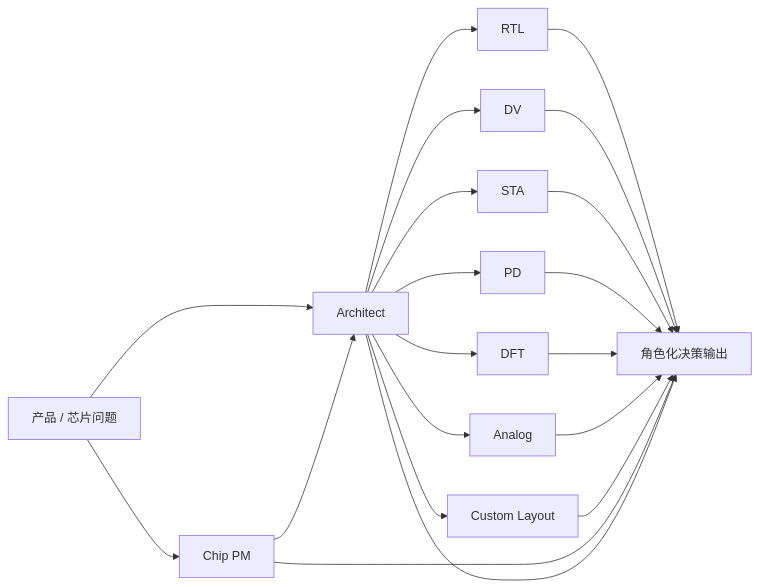
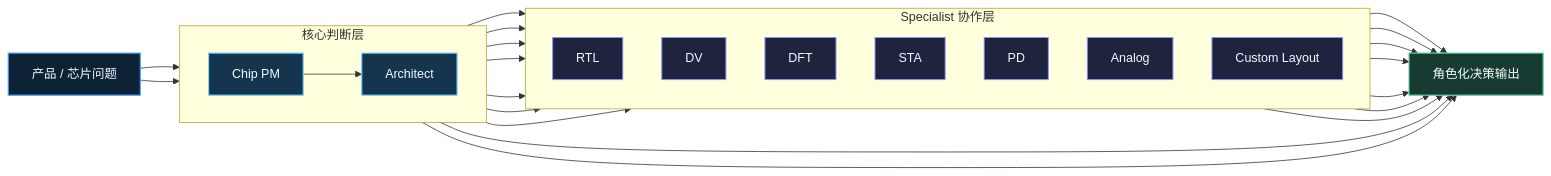
Before and after one commit to kichy-ge/openclaw-chip-agent-team: the diagram in README.zh-CN.md, drawn with Mermaid. The commit also changed 1 other file, not shown here.

Commit message:
docs: improve team overview diagram

````diff
--- a/README.zh-CN.md
+++ b/README.zh-CN.md
@@ -57,22 +57,54 @@
 ```mermaid
 flowchart LR
-    U["产品 / 芯片问题"] --> PM["Chip PM"]
-    U --> ARC["Architect"]
+    classDef input fill:#0e2236,stroke:#4aa3ff,color:#eef7ff,stroke-width:1.5px;
+    classDef core fill:#15354f,stroke:#79d2ff,color:#f5fbff,stroke-width:1.5px;
+    classDef specialist fill:#1e243d,stroke:#8c93ff,color:#f7f7ff,stroke-width:1.2px;
+    classDef output fill:#173b32,stroke:#63d2a1,color:#f3fff8,stroke-width:1.5px;
+
+    U["产品 / 芯片问题"]
+    SUM["角色化决策输出"]
+
+    subgraph CORE["核心判断层"]
+        direction LR
+        PM["Chip PM"]
+        ARC["Architect"]
+    end
+
+    subgraph SPEC["Specialist 协作层"]
+        direction TB
+        RTL["RTL"]
+        DV["DV"]
+        DFT["DFT"]
+        STA["STA"]
+        PD["PD"]
+        ANA["Analog"]
+        CL["Custom Layout"]
+    end
+
+    U --> PM
+    U --> ARC
     PM --> ARC
-    ARC --> RTL["RTL"]
-    ARC --> DV["DV"]
-    ARC --> STA["STA"]
-    ARC --> PD["PD"]
-    ARC --> DFT["DFT"]
-    ARC --> ANA["Analog"]
-    ARC --> CL["Custom Layout"]
-    RTL --> SUM["角色化决策输出"]
+
+    ARC --> RTL
+    ARC --> DV
+    ARC --> DFT
+    ARC --> STA
+    ARC --> PD
+    ARC --> ANA
+    ARC --> CL
+
+    PM --> SUM
+    ARC --> SUM
+    RTL --> SUM
     DV --> SUM
+    DFT --> SUM
     STA --> SUM
     PD --> SUM
-    DFT --> SUM
     ANA --> SUM
     CL --> SUM
-    PM --> SUM
-    ARC --> SUM
+
+    class U input;
+    class PM,ARC core;
+    class RTL,DV,DFT,STA,PD,ANA,CL specialist;
+    class SUM output;
 ```
````
